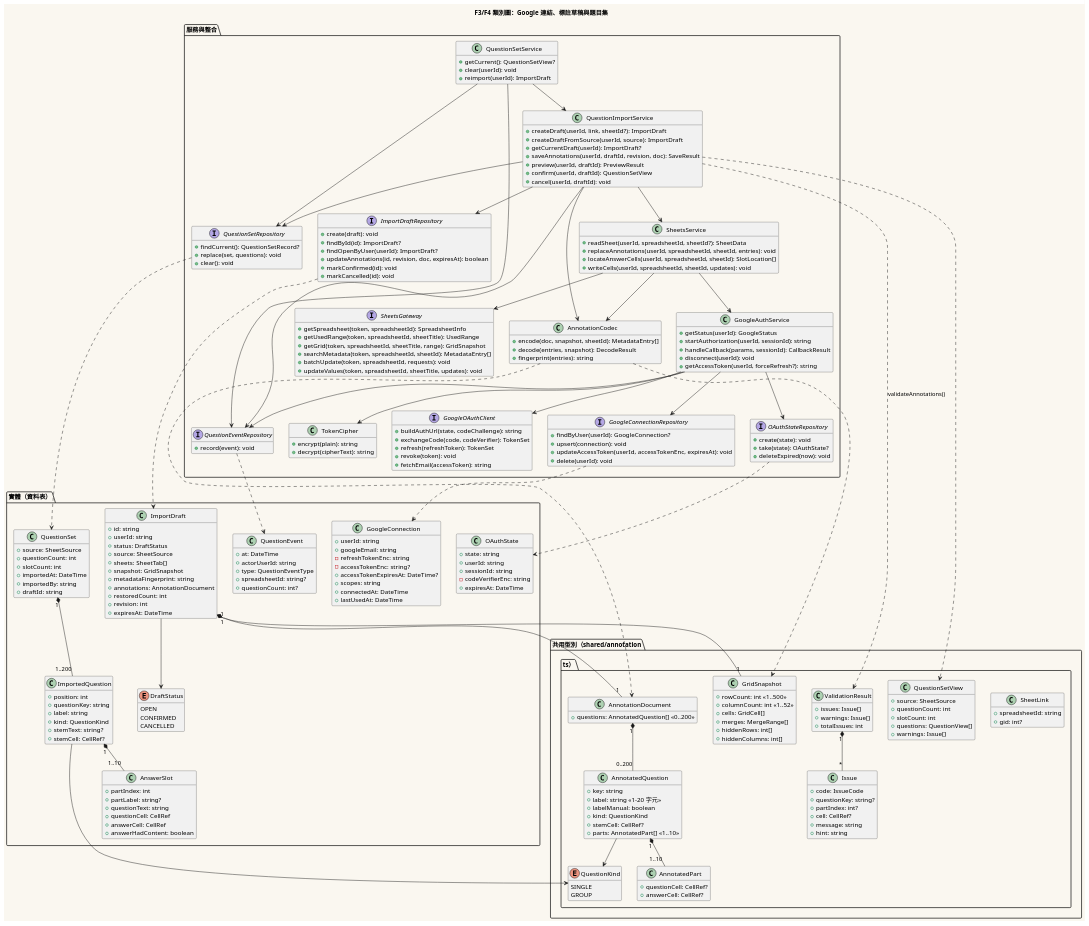
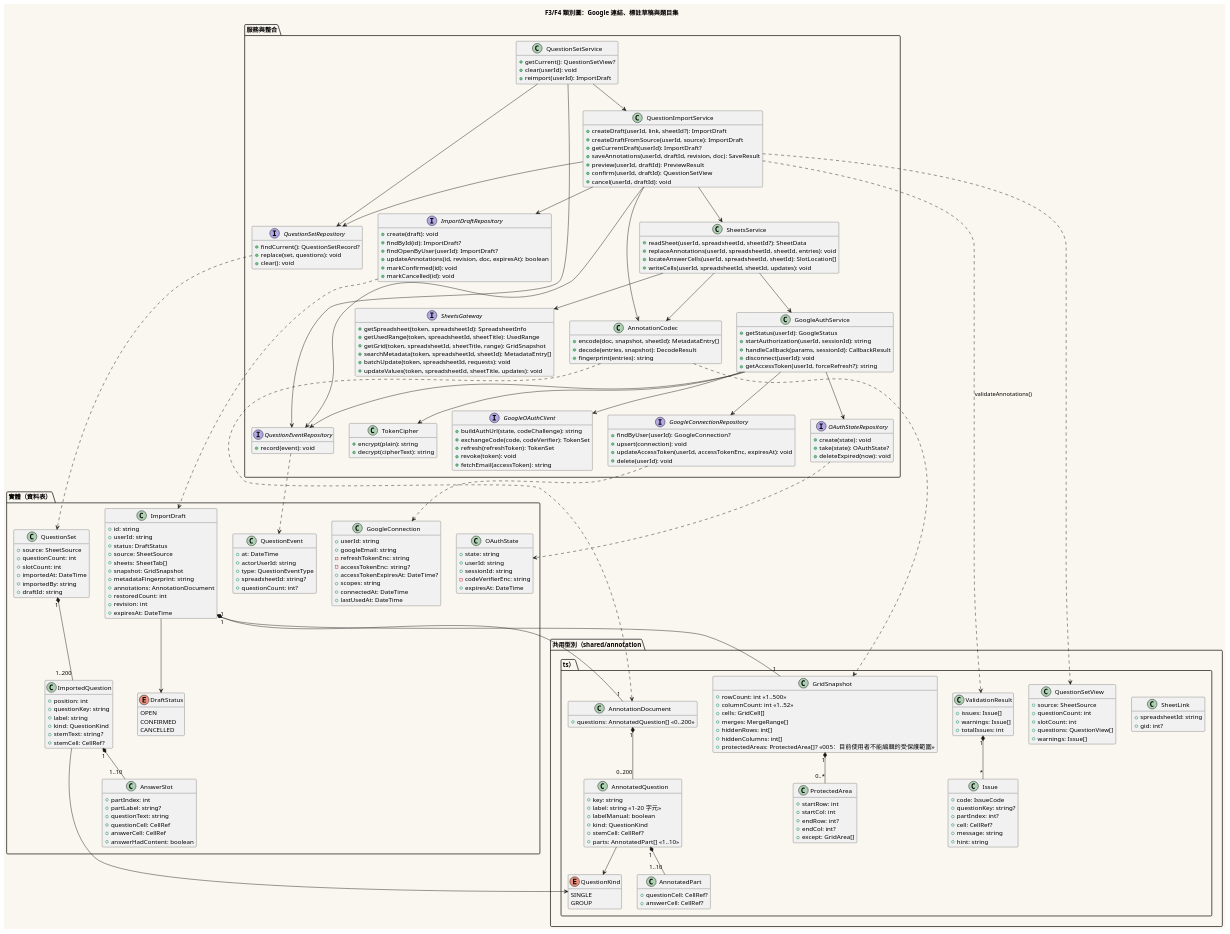
Before and after one commit to Ennn-1023/SE_project: the diagram in diagrams/003-class.puml, drawn with PlantUML. The commit also changed 10 other files, not shown here.

```diff
--- a/diagrams/003-class.puml
+++ b/diagrams/003-class.puml
@@ -23,6 +23,15 @@
     +merges: MergeRange[]
     +hiddenRows: int[]
     +hiddenColumns: int[]
+    +protectedAreas: ProtectedArea[]? <<005：目前使用者不能編輯的受保護範圍>>
+  }
+
+  class ProtectedArea {
+    +startRow: int
+    +startCol: int
+    +endRow: int?
+    +endCol: int?
+    +except: GridArea[]
   }
 
   class AnnotationDocument {
@@ -242,6 +251,7 @@
 ValidationResult "1" *-- "*" Issue
 ImportDraft --> DraftStatus
 ImportDraft "1" *-- "1" GridSnapshot
+GridSnapshot "1" *-- "0..*" ProtectedArea
 ImportDraft "1" *-- "1" AnnotationDocument
 QuestionSet "1" *-- "1..200" ImportedQuestion
 ImportedQuestion "1" *-- "1..10" AnswerSlot
```
